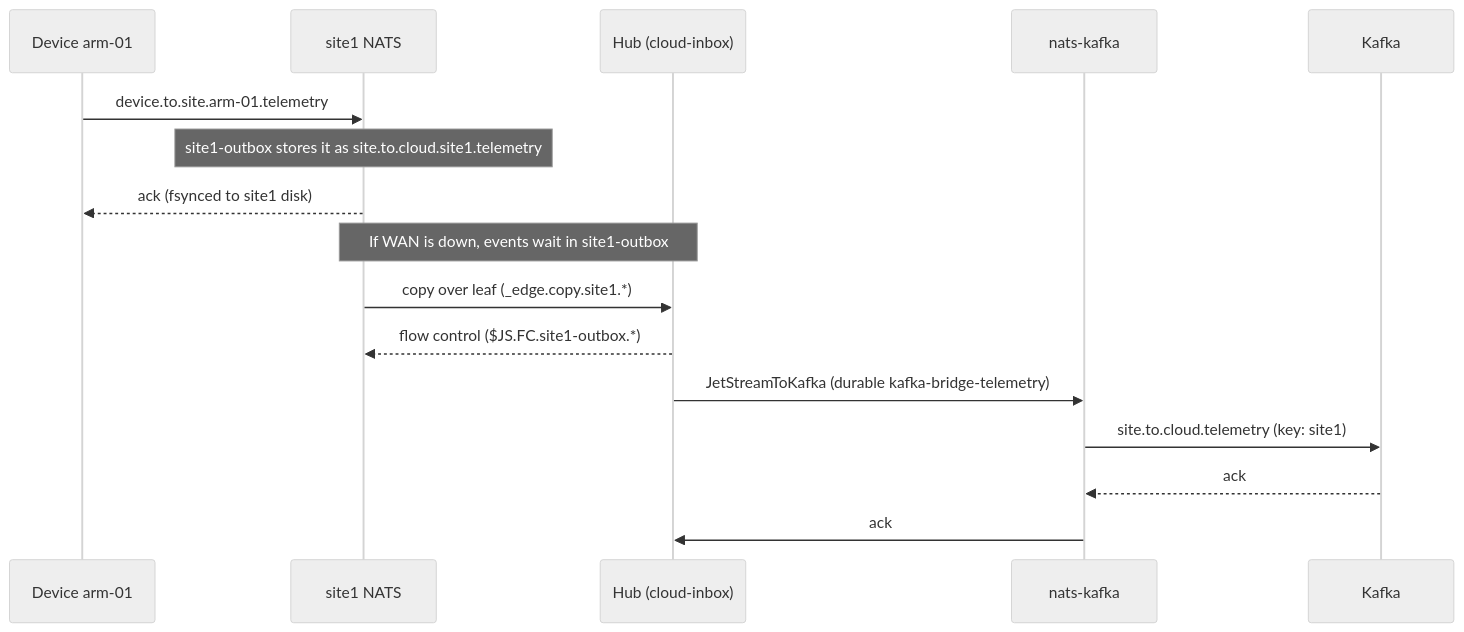
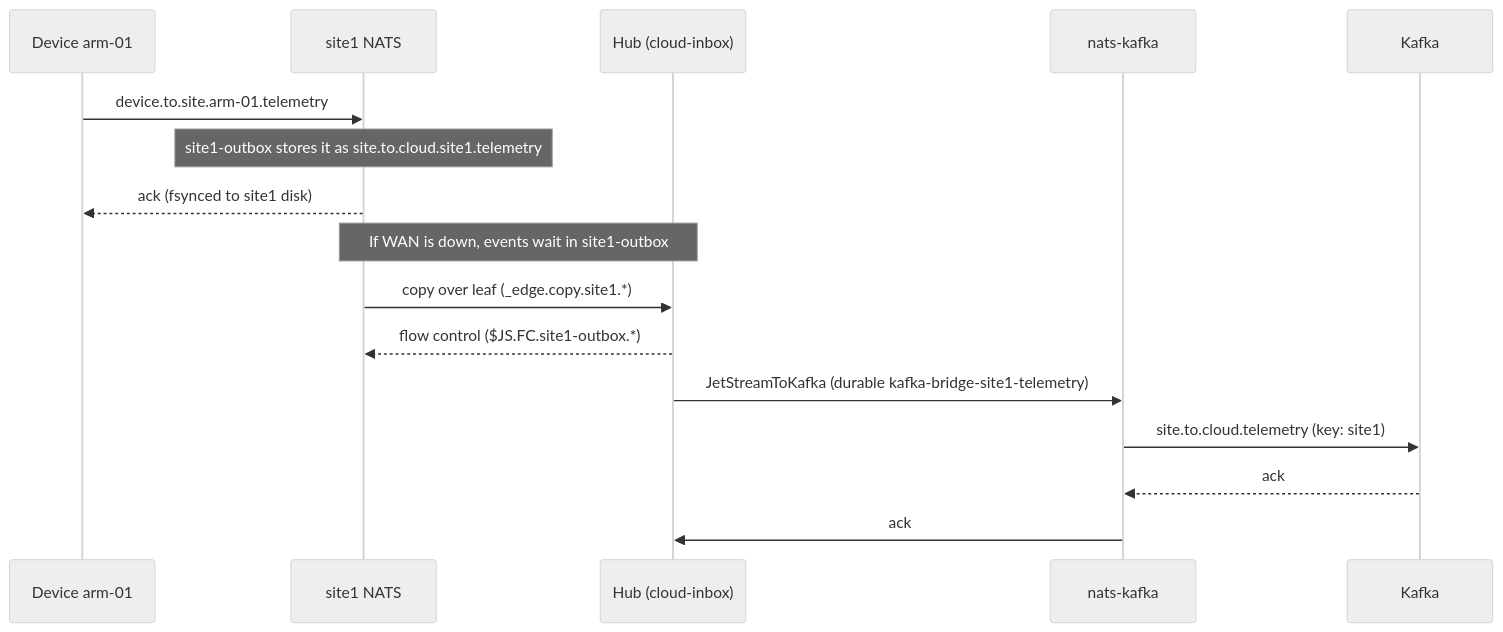
The third of 4 diagrams in pattern-a-cloud-hub/README.md (jinternals/nats-demo), drawn with Mermaid (neutral theme) before and after one commit. The commit also changed other lines of this file and 3 other files, not shown here.

````diff
--- a/pattern-a-cloud-hub/README.md
+++ b/pattern-a-cloud-hub/README.md
@@ -117,19 +117,19 @@
 ```mermaid
 sequenceDiagram
   participant D as Device arm-01
   participant S as site1 NATS
   participant H as Hub (cloud-inbox)
   participant B as nats-kafka
   participant K as Kafka
 
   D->>S: device.to.site.arm-01.telemetry
   Note over S: site1-outbox stores it as site.to.cloud.site1.telemetry
   S-->>D: ack (fsynced to site1 disk)
   Note over S,H: If WAN is down, events wait in site1-outbox
   S->>H: copy over leaf (_edge.copy.site1.*)
   H-->>S: flow control ($JS.FC.site1-outbox.*)
-  H->>B: JetStreamToKafka (durable kafka-bridge-telemetry)
+  H->>B: JetStreamToKafka (durable kafka-bridge-site1-telemetry)
   B->>K: site.to.cloud.telemetry (key: site1)
   K-->>B: ack
   B->>H: ack
 ```
````
